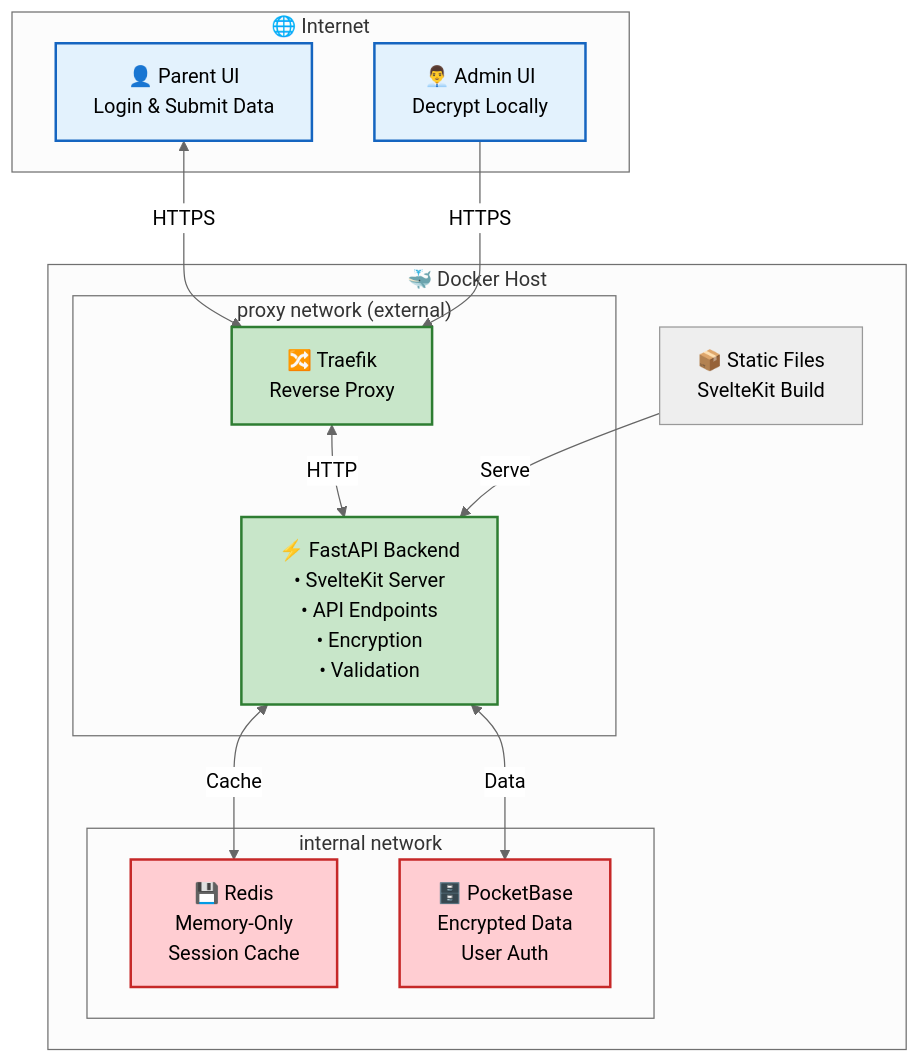
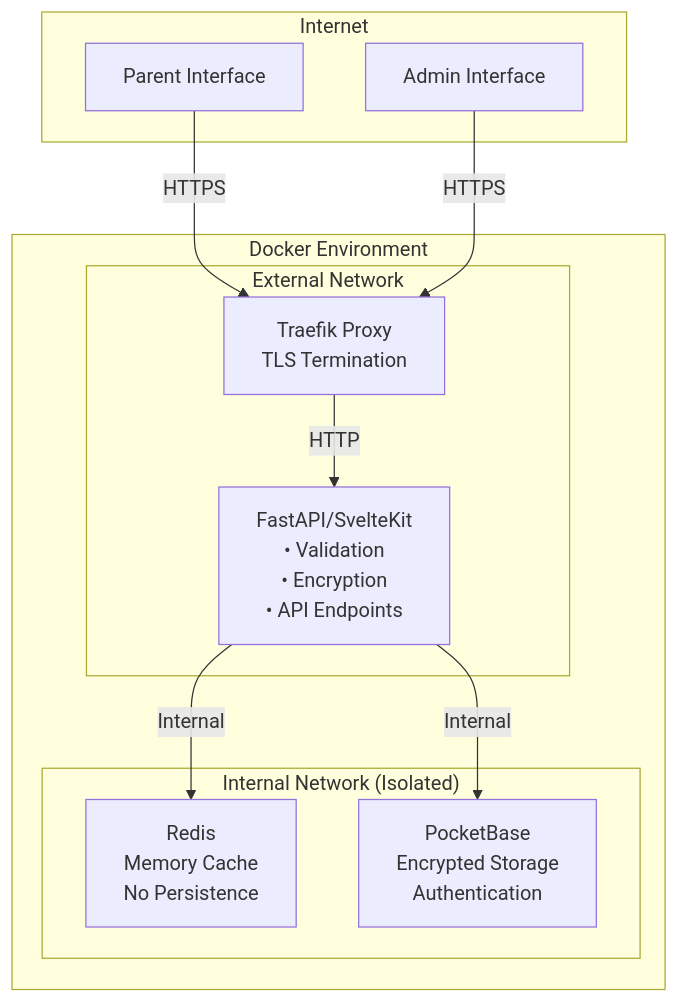
The first of 3 diagrams in ARCHITECTURE.md (DomiDre/kigaprio), drawn with Mermaid before and after one commit. The commit also changed other lines of this file, not shown here.

Commit message:
Improve visualization of architecture

````diff
--- a/ARCHITECTURE.md
+++ b/ARCHITECTURE.md
@@ -4,40 +30,25 @@
 ```mermaid
-%%{init: {'theme':'neutral'}}%%
 graph TB
-    subgraph Internet["🌐 Internet"]
-        Client["👤 Parent UI<br/>Login & Submit Data"]
-        AdminInterface["👨‍💼 Admin UI<br/>Decrypt Locally"]
+    subgraph Internet
+        Client["Parent Interface"]
+        Admin["Admin Interface"]
     end
 
-    subgraph Docker["🐳 Docker Host"]
-        subgraph ProxyNet["proxy network (external)"]
-            Backend["⚡ FastAPI Backend<br/>• SvelteKit Server<br/>• API Endpoints<br/>• Encryption<br/>• Validation"]
-            Traefik["🔀 Traefik<br/>Reverse Proxy"]
+    subgraph Docker["Docker Environment"]
+        subgraph ProxyNet["External Network"]
+            Traefik["Traefik Proxy<br/>TLS Termination"]
+            Backend["FastAPI/SvelteKit<br/>• Validation<br/>• Encryption<br/>• API Endpoints"]
         end
         
-        subgraph InternalNet["internal network"]
-            Redis["💾 Redis<br/>Memory-Only<br/>Session Cache"]
-            PocketBase["🗄️ PocketBase<br/>Encrypted Data<br/>User Auth"]
+        subgraph InternalNet["Internal Network (Isolated)"]
+            Redis["Redis<br/>Memory Cache<br/>No Persistence"]
+            PocketBase["PocketBase<br/>Encrypted Storage<br/>Authentication"]
         end
-        
-        StaticVolume["📦 Static Files<br/>SvelteKit Build"]
     end
 
-    Client <-->|"HTTPS"| Traefik
-    Traefik <-->|"HTTP"| Backend
-    Backend <-->|"Cache"| Redis
-    Backend <-->|"Data"| PocketBase
-    StaticVolume -->|"Serve"| Backend
-    AdminInterface -->|"HTTPS"| Traefik
-
-    classDef backend fill:#c8e6c9,stroke:#2e7d32,stroke-width:2px
-    classDef database fill:#ffcdd2,stroke:#c62828,stroke-width:2px
-    classDef client fill:#e3f2fd,stroke:#1565c0,stroke-width:2px
-
-    class Traefik backend
-    class Backend backend
-    class PocketBase database
-    class Redis database
-    class Client client
-    class AdminInterface client
+    Client -->|HTTPS| Traefik
+    Admin -->|HTTPS| Traefik
+    Traefik -->|HTTP| Backend
+    Backend -->|Internal| Redis
+    Backend -->|Internal| PocketBase
 ```
````
